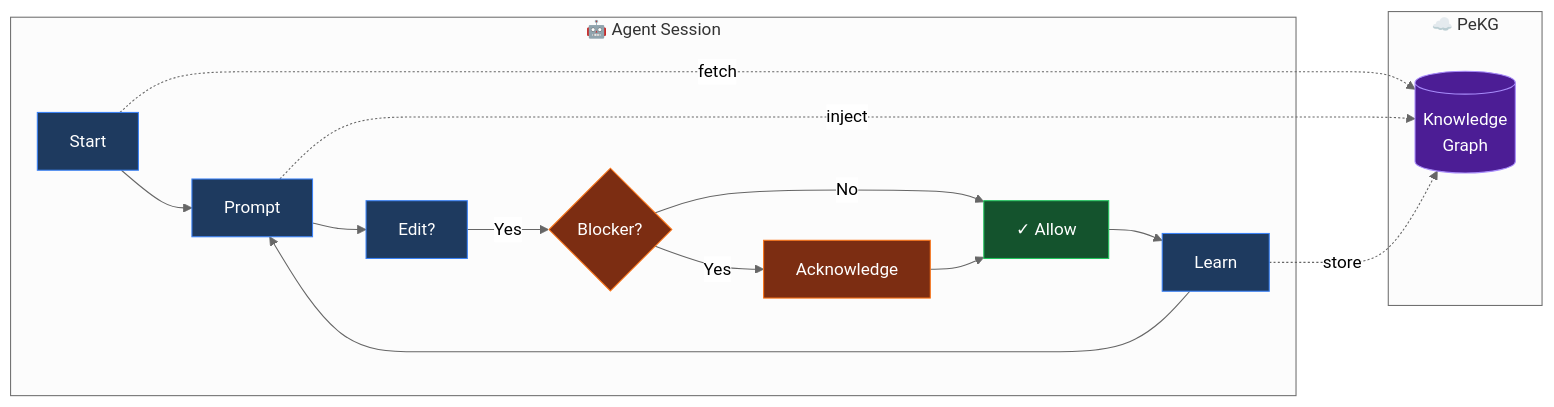
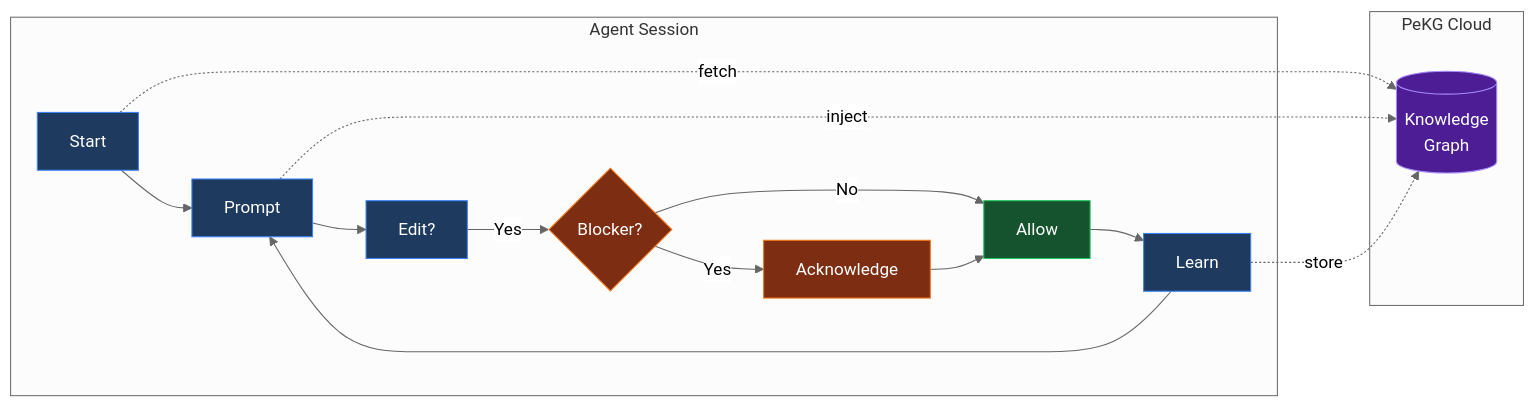
One commit to PeKG-AI-Inc/plugins changed the diagram in README.md. Above: the diagram before and after it, drawn with Mermaid (neutral theme). The commit also changed other lines of this file, not shown here.

````diff
--- a/README.md
+++ b/README.md
@@ -41,30 +79,30 @@
 ```mermaid
 flowchart LR
-    subgraph Agent["🤖 Agent Session"]
+    subgraph Agent["Agent Session"]
         A["Start"] --> B["Prompt"]
         B --> C["Edit?"]
         C -->|Yes| D{"Blocker?"}
         D -->|Yes| E["Acknowledge"]
-        D -->|No| F["✓ Allow"]
+        D -->|No| F["Allow"]
         E --> F
         F --> G["Learn"]
         G --> B
     end
 
-    subgraph PeKG["☁️ PeKG"]
+    subgraph PeKG["PeKG Cloud"]
         H[("Knowledge<br/>Graph")]
     end
 
     A -.->|"fetch"| H
     B -.->|"inject"| H
     G -.->|"store"| H
 
     style A fill:#1e3a5f,stroke:#3b82f6,color:#fff
     style B fill:#1e3a5f,stroke:#3b82f6,color:#fff
     style C fill:#1e3a5f,stroke:#3b82f6,color:#fff
     style D fill:#7c2d12,stroke:#f97316,color:#fff
     style E fill:#7c2d12,stroke:#f97316,color:#fff
     style F fill:#14532d,stroke:#22c55e,color:#fff
     style G fill:#1e3a5f,stroke:#3b82f6,color:#fff
     style H fill:#4c1d95,stroke:#a78bfa,color:#fff
 ```
````
